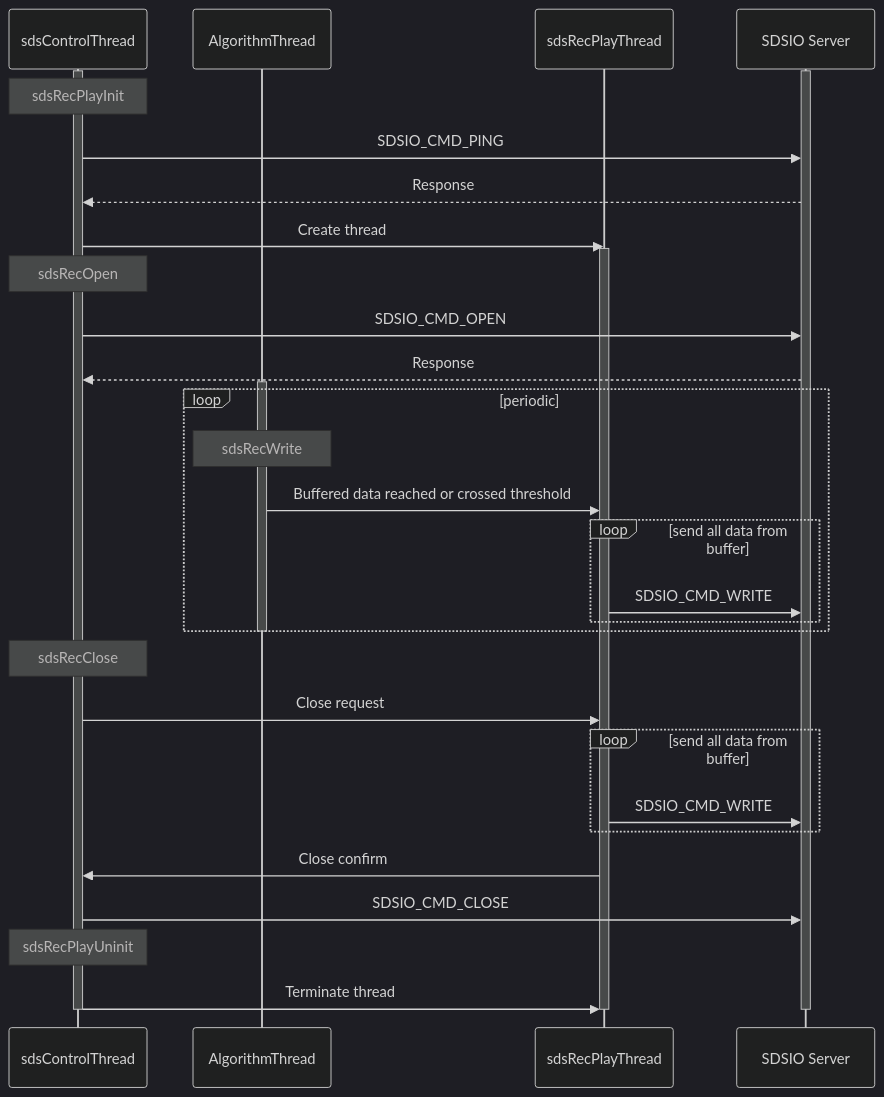
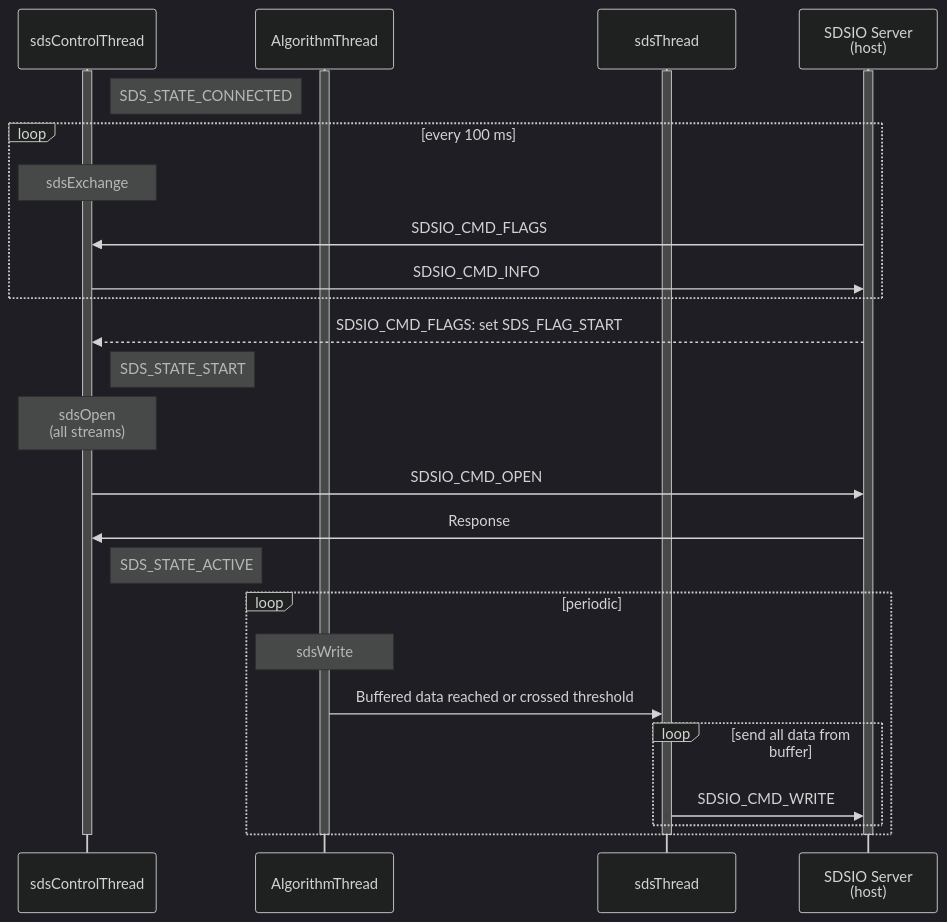
One commit to ARM-software/SDS-Framework changed the third of 5 diagrams in documentation/theory.md. Above: the diagram before and after it, drawn with Mermaid (dark theme). The commit also changed other lines of this file and 154 other files, not shown here.

````diff
--- a/documentation/theory.md
+++ b/documentation/theory.md
@@ -371,46 +552,41 @@
 ```mermaid
 sequenceDiagram
     participant sdsControlThread
     activate sdsControlThread
+    participant AlgorithmThread
+    activate AlgorithmThread
+    participant SDSIO as sdsThread
+    activate SDSIO
+    participant Server as SDSIO Server<br/>(host)
+    activate Server
 
-    participant AlgorithmThread
-    participant Recorder as sdsRecPlayThread
-    participant Server as SDSIO Server
+    Note right of sdsControlThread: SDS_STATE_CONNECTED 
 
-    activate Server
-    Note over sdsControlThread: sdsRecPlayInit
-    sdsControlThread->>Server: SDSIO_CMD_PING
-    Server-->>sdsControlThread: Response
+    loop every 100 ms
+      Note over sdsControlThread: sdsExchange
+      Server->>sdsControlThread: SDSIO_CMD_FLAGS
+      sdsControlThread->>Server: SDSIO_CMD_INFO
+    end
 
-    sdsControlThread->>Recorder: Create thread
-    activate Recorder
+    Server-->>sdsControlThread: SDSIO_CMD_FLAGS: set SDS_FLAG_START
+    Note right of sdsControlThread: SDS_STATE_START
 
-    Note over sdsControlThread: sdsRecOpen
+    Note over sdsControlThread: sdsOpen<br/>(all streams)
     sdsControlThread->>Server: SDSIO_CMD_OPEN
-    Server-->>sdsControlThread: Response
+    Server->>sdsControlThread: Response
 
-    activate AlgorithmThread
+    Note right of sdsControlThread: SDS_STATE_ACTIVE
+
     loop periodic
-        Note over AlgorithmThread: sdsRecWrite
-        AlgorithmThread->>Recorder: Buffered data reached or crossed threshold
+        Note over AlgorithmThread: sdsWrite
+        AlgorithmThread->>SDSIO: Buffered data reached or crossed threshold
         loop send all data from buffer
-            Recorder->>Server: SDSIO_CMD_WRITE
+            SDSIO->>Server: SDSIO_CMD_WRITE
         end
     end
+
+    deactivate sdsControlThread
     deactivate AlgorithmThread
-
-    Note over sdsControlThread: sdsRecClose
-    sdsControlThread->>Recorder: Close request
-    loop send all data from buffer
-        Recorder->>Server: SDSIO_CMD_WRITE
-    end
-    Recorder->>sdsControlThread: Close confirm
-    sdsControlThread->>Server: SDSIO_CMD_CLOSE
-
-    Note over sdsControlThread: sdsRecPlayUninit
-    sdsControlThread->>Recorder: Terminate thread
-    deactivate Recorder
-
+    deactivate SDSIO
     deactivate Server
-    deactivate sdsControlThread
 ```
````
